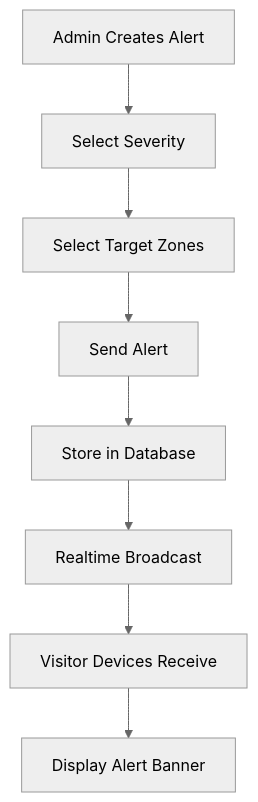
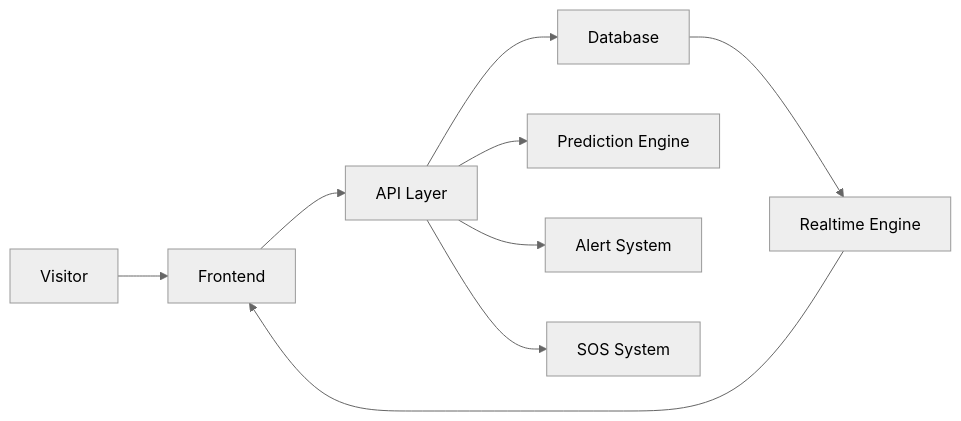
One commit to vanshrajputcodes/Flowsense changed the eighth of 13 diagrams in README.md. Above: the diagram before and after it, drawn with Mermaid (neutral theme). The commit also changed other lines of this file, not shown here.

````diff
--- a/README.md
+++ b/README.md
@@ -115,12 +157,13 @@
 ```mermaid
-flowchart TD
-    A[Admin Creates Alert] --> B[Select Severity]
-    B --> C[Select Target Zones]
-    C --> D[Send Alert]
+flowchart LR
+    A[Visitor] --> B[Frontend]
+    B --> C[API Layer]
+    C --> D[Database]
 
-    D --> E[Store in Database]
-    E --> F[Realtime Broadcast]
+    D --> E[Realtime Engine]
+    E --> B
 
-    F --> G[Visitor Devices Receive]
-    G --> H[Display Alert Banner]
+    C --> F[Prediction Engine]
+    C --> G[Alert System]
+    C --> H[SOS System]
 ```
````
